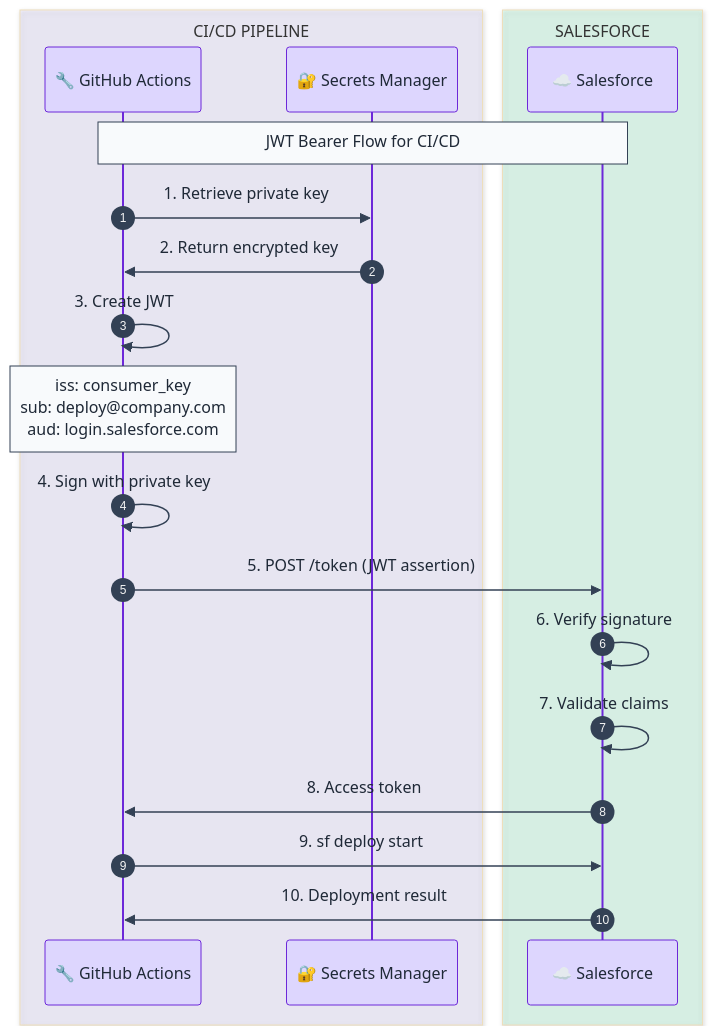
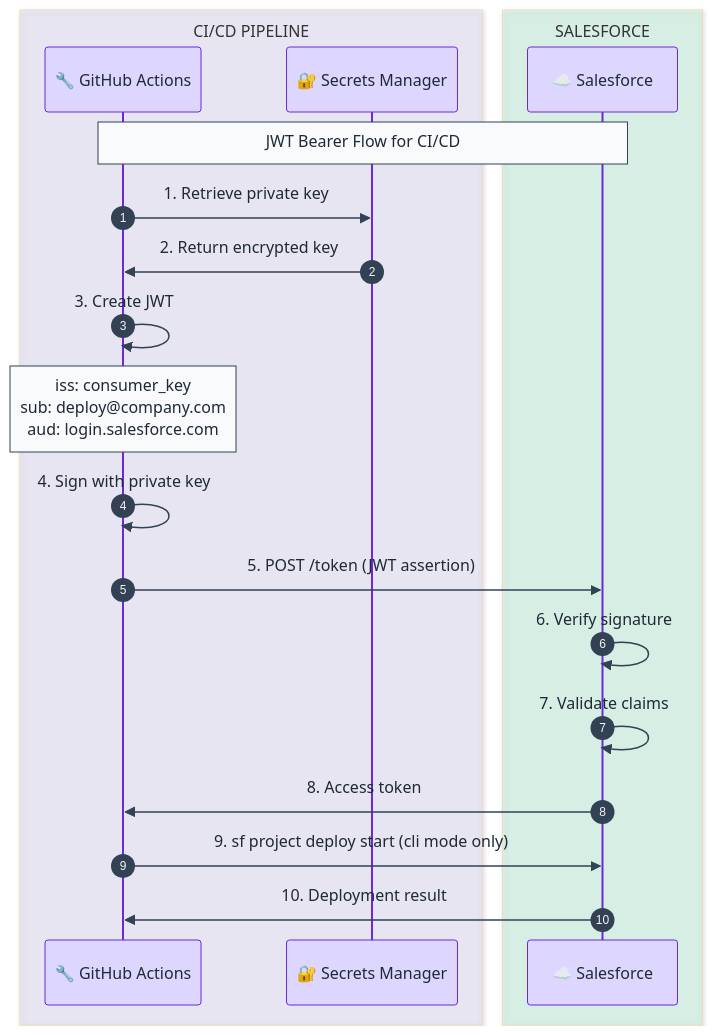
Before and after one commit to cirra-ai/skills: the first of 3 diagrams in skills/sf-diagram/references/usage-examples.md, drawn with Mermaid. The commit also changed other lines of this file and 88 other files, not shown here.

First line of the commit message:
fix(skills): align all skills with Cirra MCP tool schemas, add signature validator, fix stale refs and Apex scoring (#166)

````diff
--- a/skills/sf-diagram/references/usage-examples.md
+++ b/skills/sf-diagram/references/usage-examples.md
@@ -21,43 +21,43 @@
 ```mermaid
 %%{init: {'theme': 'base', 'themeVariables': {
   'actorBkg': '#ddd6fe',
   'actorTextColor': '#1f2937',
   'actorBorder': '#6d28d9',
   'signalColor': '#334155',
   'signalTextColor': '#1f2937',
   'noteBkgColor': '#f8fafc',
   'noteTextColor': '#1f2937',
   'noteBorderColor': '#334155'
 }}}%%
 sequenceDiagram
     autonumber
 
     box rgba(221,214,254,0.3) CI/CD PIPELINE
         participant GH as 🔧 GitHub Actions
         participant K as 🔐 Secrets Manager
     end
 
     box rgba(167,243,208,0.3) SALESFORCE
         participant SF as ☁️ Salesforce
     end
 
     Note over GH,SF: JWT Bearer Flow for CI/CD
 
     GH->>K: 1. Retrieve private key
     K->>GH: 2. Return encrypted key
 
     GH->>GH: 3. Create JWT
     Note over GH: iss: consumer_key<br/>sub: deploy@company.com<br/>aud: login.salesforce.com
 
     GH->>GH: 4. Sign with private key
 
     GH->>SF: 5. POST /token (JWT assertion)
 
     SF->>SF: 6. Verify signature
     SF->>SF: 7. Validate claims
 
     SF->>GH: 8. Access token
 
-    GH->>SF: 9. sf deploy start
+    GH->>SF: 9. sf project deploy start (cli mode only)
     SF->>GH: 10. Deployment result
 ```
````
